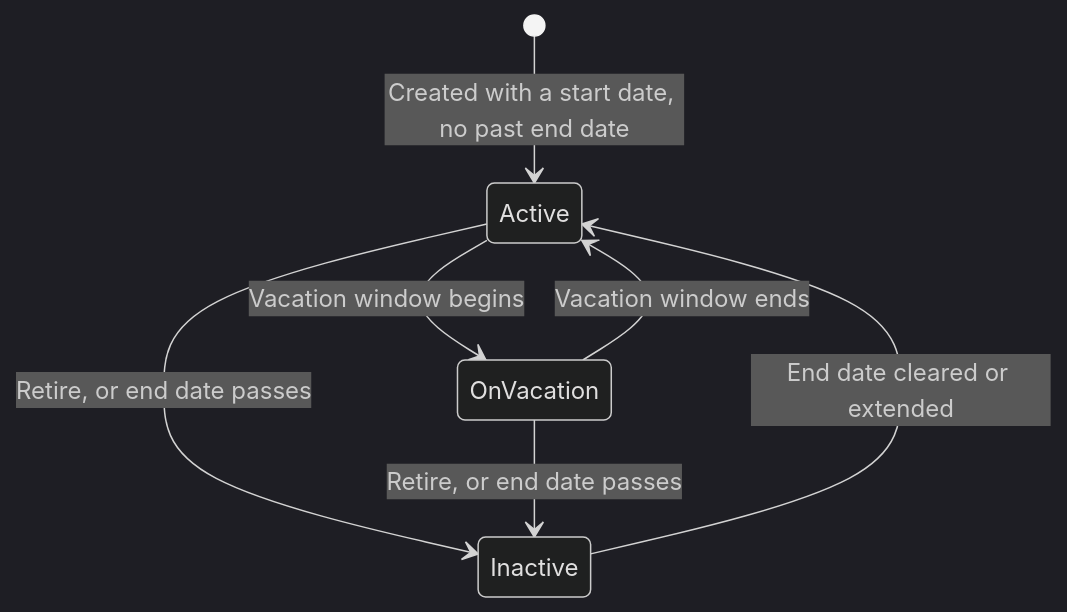
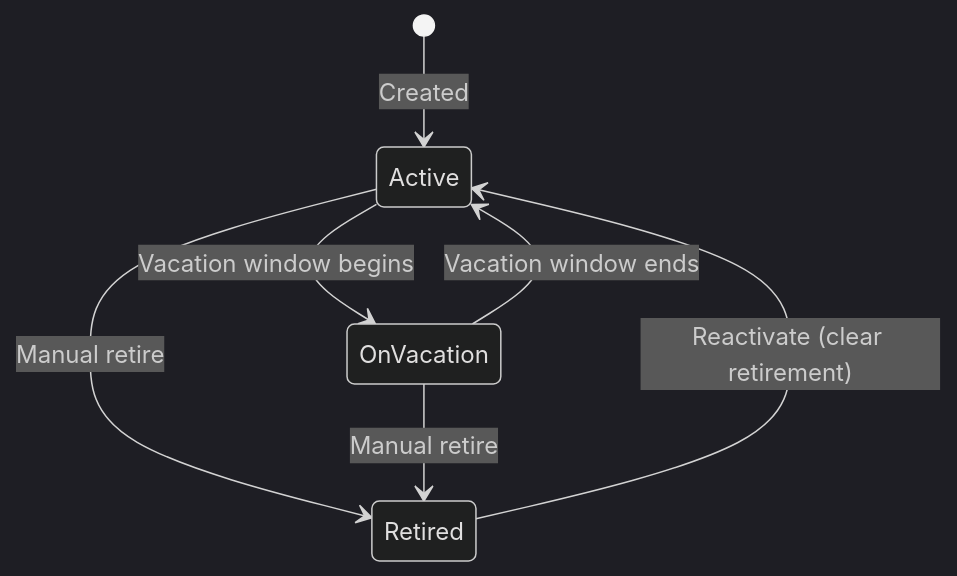
Before and after one commit to uwblueprint/beach-metro: the first of 11 diagrams in docs/people_management_flow_v1.md, drawn with Mermaid (dark theme). The commit also changed other lines of this file, not shown here.

First line of the commit message:
Redefine territory as volunteers and commercial drops, captain-direct assignment, and manual-only retirement (BM-24)

````diff
--- a/docs/people_management_flow_v1.md
+++ b/docs/people_management_flow_v1.md
@@ -49,9 +51,9 @@
 ```mermaid
 stateDiagram-v2
-    [*] --> Active: Created with a start date, no past end date
+    [*] --> Active: Created
     Active --> OnVacation: Vacation window begins
     OnVacation --> Active: Vacation window ends
-    Active --> Inactive: Retire, or end date passes
-    OnVacation --> Inactive: Retire, or end date passes
-    Inactive --> Active: End date cleared or extended
+    Active --> Retired: Manual retire
+    OnVacation --> Retired: Manual retire
+    Retired --> Active: Reactivate (clear retirement)
 ```
````
